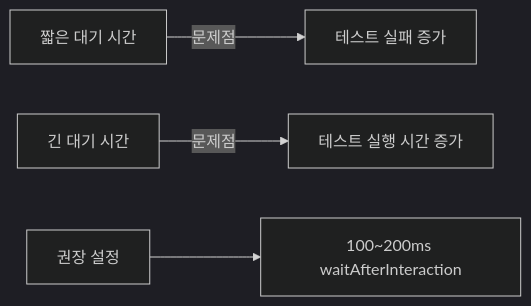
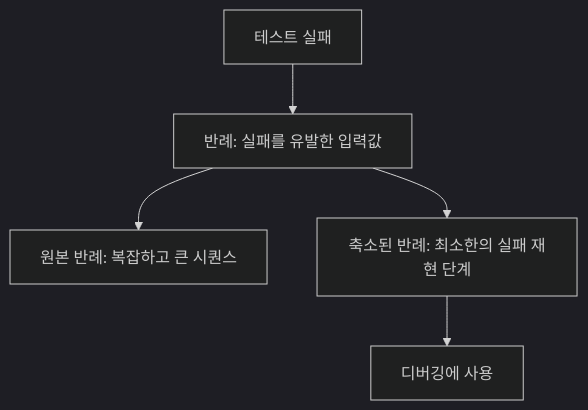
The seventh of 8 diagrams in storybook/e2e/universal-testers.md (YahngSungho/Monorepo), drawn with Mermaid (dark theme) before and after one commit. The commit also changed other lines of this file and 3 other files, not shown here.

````diff
--- a/storybook/e2e/universal-testers.md
+++ b/storybook/e2e/universal-testers.md
@@ -204,6 +333,7 @@
 ```mermaid
-graph LR
-    A[짧은 대기 시간] -->|문제점| B[테스트 실패 증가]
-    C[긴 대기 시간] -->|문제점| D[테스트 실행 시간 증가]
-    E[권장 설정] --> F[100~200ms waitAfterInteraction]
+flowchart TD
+    A[테스트 실패] --> B[반례: 실패를 유발한 입력값]
+    B --> C[원본 반례: 복잡하고 큰 시퀀스]
+    B --> D[축소된 반례: 최소한의 실패 재현 단계]
+    D --> E[디버깅에 사용]
 ```
````
